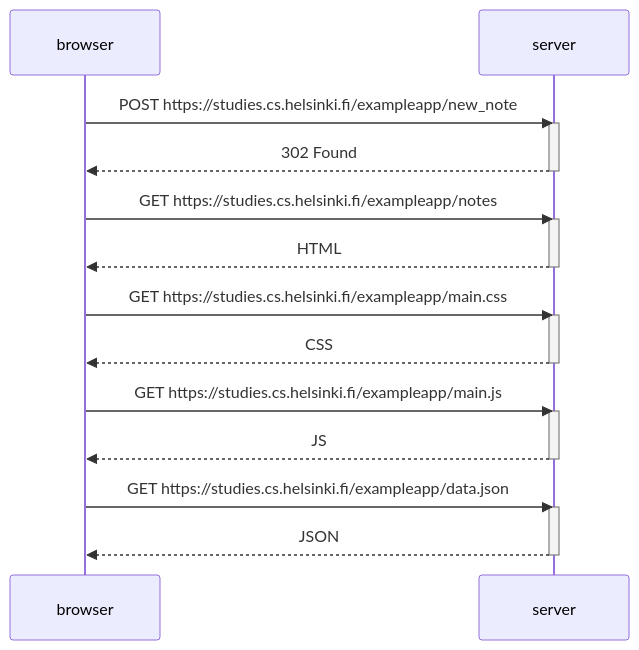
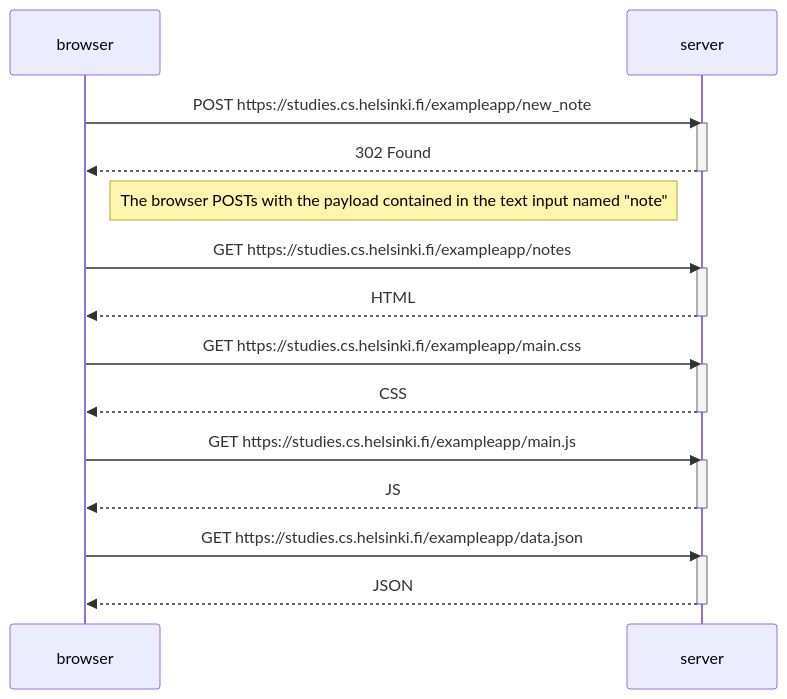
One commit to TomMcDonaldMetro/FullStackOpen changed the diagram in part0/sequenceDiagram.md. Above: the diagram before and after it, drawn with Mermaid.

Commit message:
updated syntax

````diff
--- a/part0/sequenceDiagram.md
+++ b/part0/sequenceDiagram.md
@@ -1,30 +1,31 @@
 ```mermaid
 sequenceDiagram
     participant browser
     participant server
 
     browser ->>server: POST https://studies.cs.helsinki.fi/exampleapp/new_note
     activate server
     server-->>browser: 302 Found
     deactivate server
+    note right of browser: The browser POSTs with the payload contained in the text input named "note"
 
     browser->>server: GET https://studies.cs.helsinki.fi/exampleapp/notes
     activate server
     server-->>browser: HTML
     deactivate server
 
     browser->>server: GET https://studies.cs.helsinki.fi/exampleapp/main.css
     activate server
     server-->>browser: CSS
     deactivate server
 
     browser->>server: GET https://studies.cs.helsinki.fi/exampleapp/main.js
     activate server
     server-->> browser: JS
     deactivate server
 
     browser->>server: GET https://studies.cs.helsinki.fi/exampleapp/data.json 
     activate server
     server-->> browser: JSON
     deactivate server;
 ```
````
